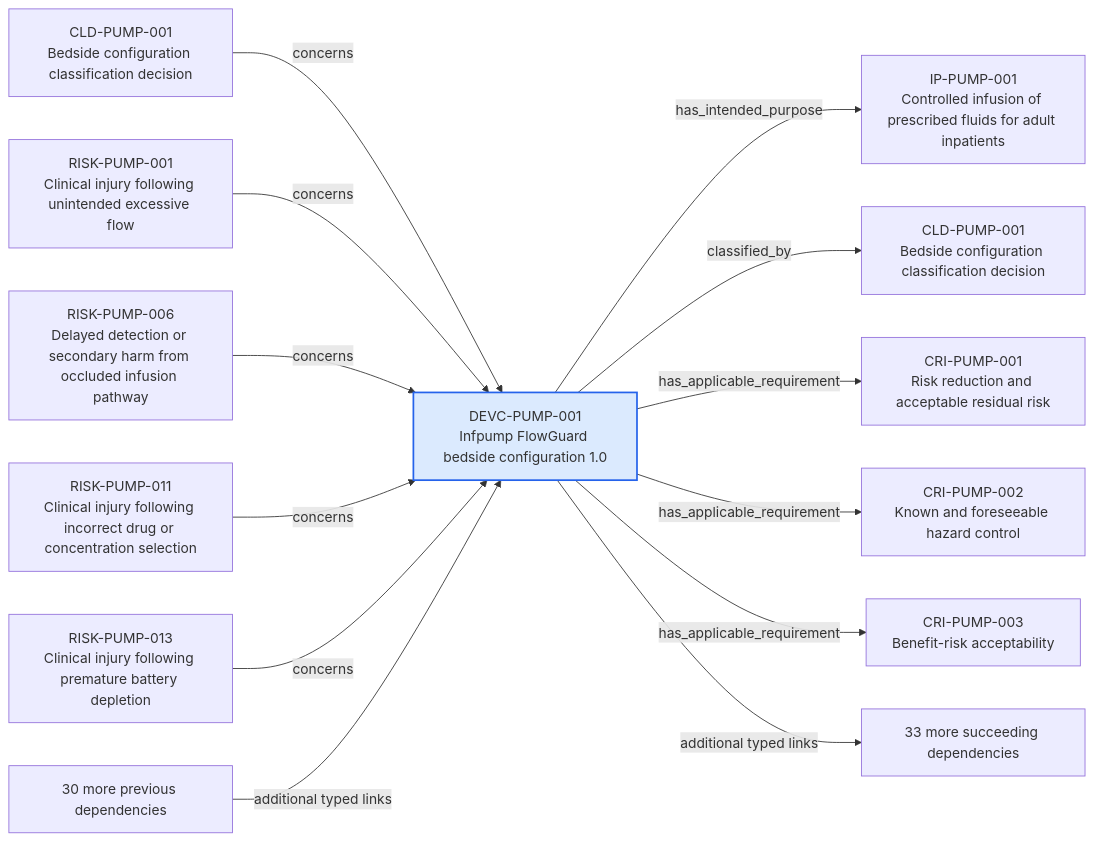
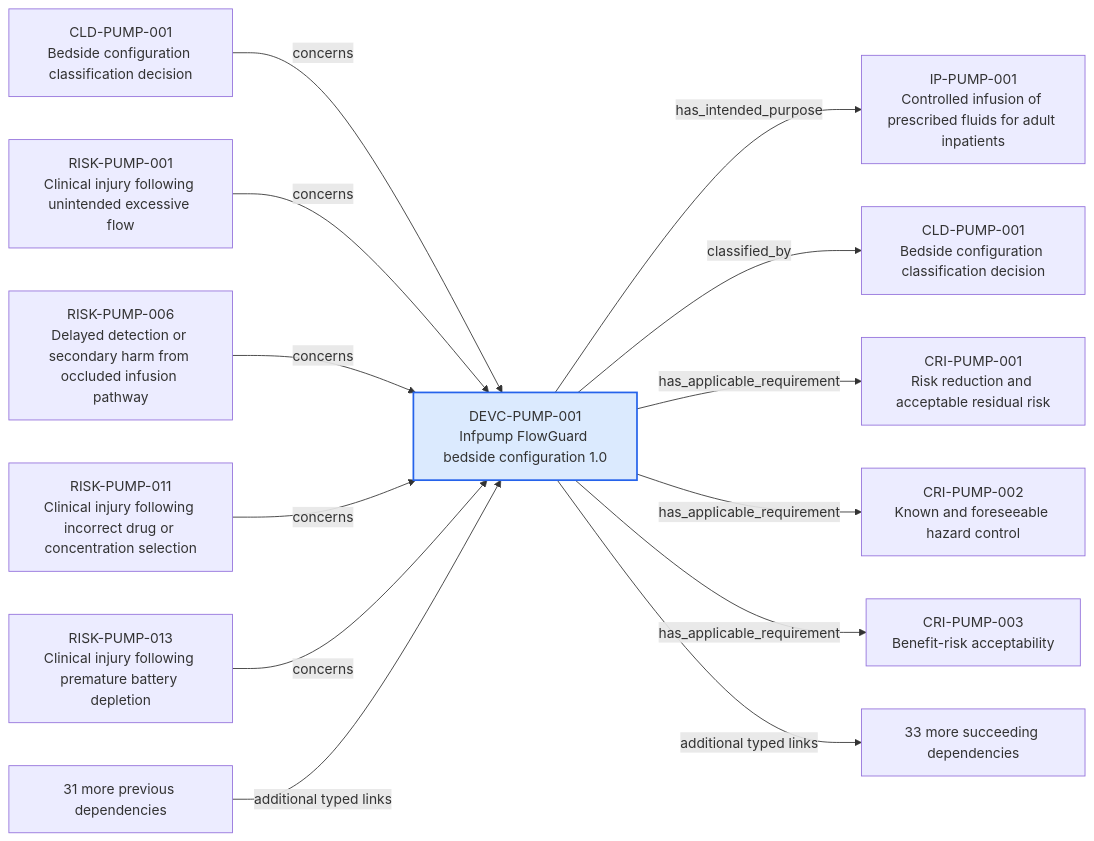
Before and after one commit to mvattulainen/mdrontology: the diagram in content/06-Infpump FlowGuard ontology notes/device-configuration/DEVC-PUMP-001-infpump-flowguard-bedside-configuration-10.md, drawn with Mermaid. The commit also changed other lines of this file and 14 other files, not shown here.

````diff
--- a/content/06-Infpump FlowGuard ontology notes/device-configuration/DEVC-PUMP-001-infpump-flowguard-bedside-configuration-10.md
+++ b/content/06-Infpump FlowGuard ontology notes/device-configuration/DEVC-PUMP-001-infpump-flowguard-bedside-configuration-10.md
@@ -161,30 +161,30 @@
 ```mermaid
 flowchart LR
   CURRENT["DEVC-PUMP-001<br/>Infpump FlowGuard bedside configuration 1.0"]
   PREV0["CLD-PUMP-001<br/>Bedside configuration classification decision"]
   PREV0 -->|"concerns"| CURRENT
   PREV1["RISK-PUMP-001<br/>Clinical injury following unintended excessive flow"]
   PREV1 -->|"concerns"| CURRENT
   PREV2["RISK-PUMP-006<br/>Delayed detection or secondary harm from occluded infusion pathway"]
   PREV2 -->|"concerns"| CURRENT
   PREV3["RISK-PUMP-011<br/>Clinical injury following incorrect drug or concentration selection"]
   PREV3 -->|"concerns"| CURRENT
   PREV4["RISK-PUMP-013<br/>Clinical injury following premature battery depletion"]
   PREV4 -->|"concerns"| CURRENT
-  PREV_MORE["30 more previous dependencies"]
+  PREV_MORE["31 more previous dependencies"]
   PREV_MORE -->|"additional typed links"| CURRENT
   NEXT0["IP-PUMP-001<br/>Controlled infusion of prescribed fluids for adult inpatients"]
   CURRENT -->|"has_intended_purpose"| NEXT0
   NEXT1["CLD-PUMP-001<br/>Bedside configuration classification decision"]
   CURRENT -->|"classified_by"| NEXT1
   NEXT2["CRI-PUMP-001<br/>Risk reduction and acceptable residual risk"]
   CURRENT -->|"has_applicable_requirement"| NEXT2
   NEXT3["CRI-PUMP-002<br/>Known and foreseeable hazard control"]
   CURRENT -->|"has_applicable_requirement"| NEXT3
   NEXT4["CRI-PUMP-003<br/>Benefit-risk acceptability"]
   CURRENT -->|"has_applicable_requirement"| NEXT4
   NEXT_MORE["33 more succeeding dependencies"]
   CURRENT -->|"additional typed links"| NEXT_MORE
   classDef current fill:#dbeafe,stroke:#2563eb,stroke-width:2px
   class CURRENT current
 ```
````
